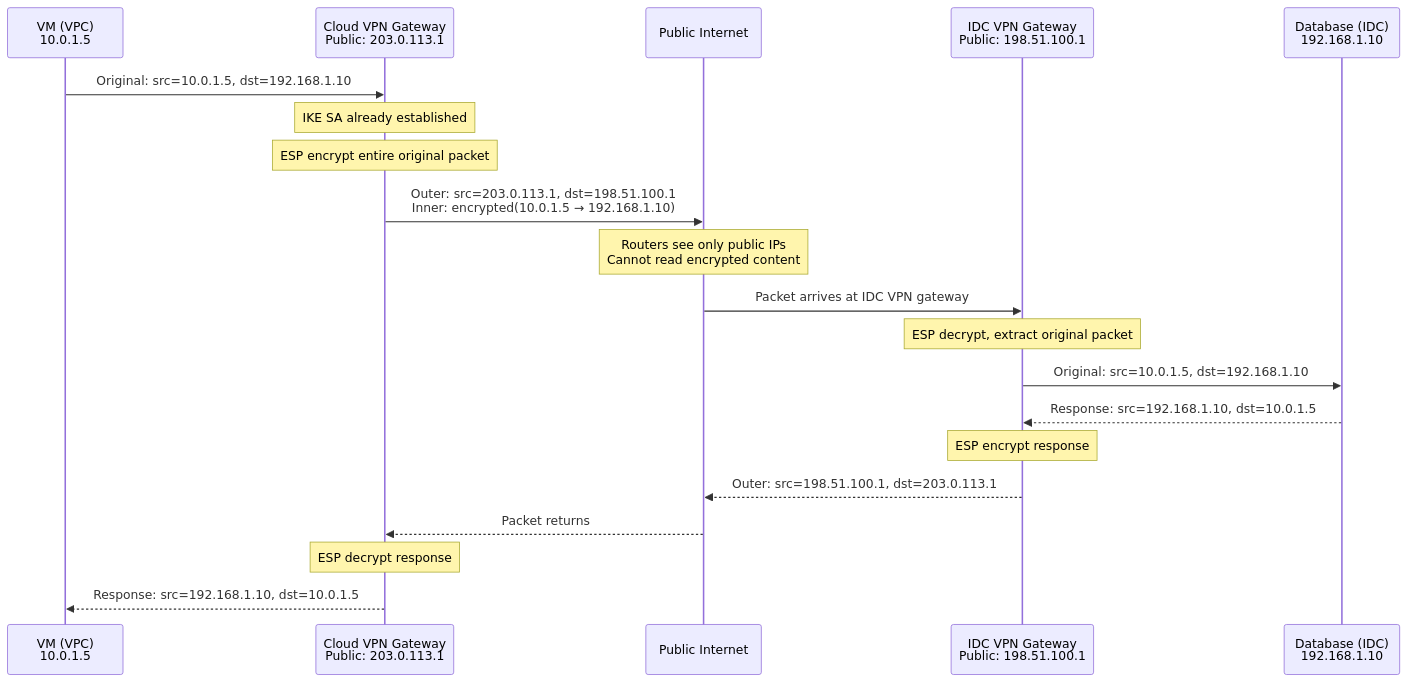
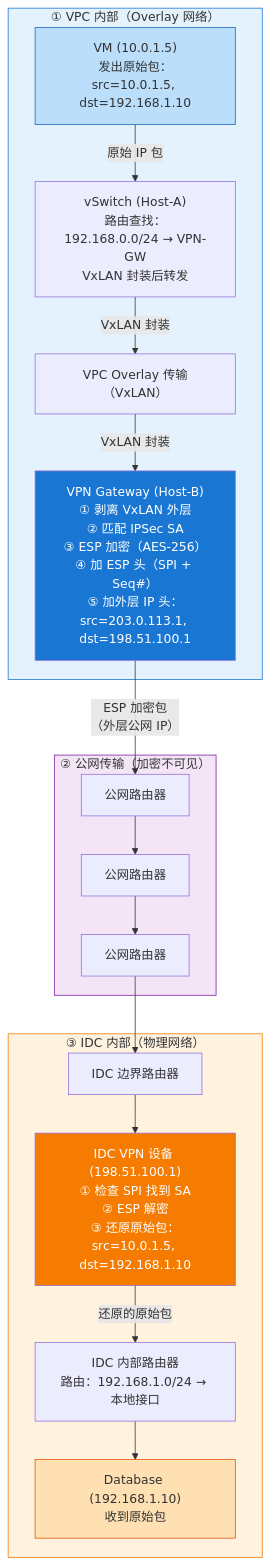
Before and after one commit to caozhiyi/network-book: the first of 4 diagrams in docs/20.用互联网打通云和IDC之VPN连接.md, drawn with Mermaid. The commit also changed other lines of this file and 36 other files, not shown here.

````diff
--- a/docs/20.用互联网打通云和IDC之VPN连接.md
+++ b/docs/20.用互联网打通云和IDC之VPN连接.md
@@ -64,23 +92,41 @@
 ```mermaid
-sequenceDiagram
-    participant VM as VM (VPC)<br/>10.0.1.5
-    participant CGW as Cloud VPN Gateway<br/>Public: 203.0.113.1
-    participant Internet as Public Internet
-    participant IGW as IDC VPN Gateway<br/>Public: 198.51.100.1
-    participant DB as Database (IDC)<br/>192.168.1.10
+graph TD
+    subgraph VPC_INTERNAL["① VPC 内部（Overlay 网络）"]
+        VM["VM (10.0.1.5)<br/>发出原始包：<br/>src=10.0.1.5, dst=192.168.1.10"]
+        VS["vSwitch (Host-A)<br/>路由查找：192.168.0.0/24 → VPN-GW<br/>VxLAN 封装后转发"]
+        OVERLAY["VPC Overlay 传输（VxLAN）"]
+        VPN["VPN Gateway (Host-B)<br/>① 剥离 VxLAN 外层<br/>② 匹配 IPSec SA<br/>③ ESP 加密（AES-256）<br/>④ 加 ESP 头（SPI + Seq#）<br/>⑤ 加外层 IP 头：<br/>src=203.0.113.1, dst=198.51.100.1"]
+    end
 
-    VM->>CGW: Original: src=10.0.1.5, dst=192.168.1.10
-    Note over CGW: IKE SA already established
-    Note over CGW: ESP encrypt entire original packet
-    CGW->>Internet: Outer: src=203.0.113.1, dst=198.51.100.1<br/>Inner: encrypted(10.0.1.5 → 192.168.1.10)
-    Note over Internet: Routers see only public IPs<br/>Cannot read encrypted content
-    Internet->>IGW: Packet arrives at IDC VPN gateway
-    Note over IGW: ESP decrypt, extract original packet
-    IGW->>DB: Original: src=10.0.1.5, dst=192.168.1.10
-    DB-->>IGW: Response: src=192.168.1.10, dst=10.0.1.5
-    Note over IGW: ESP encrypt response
-    IGW-->>Internet: Outer: src=198.51.100.1, dst=203.0.113.1
-    Internet-->>CGW: Packet returns
-    Note over CGW: ESP decrypt response
-    CGW-->>VM: Response: src=192.168.1.10, dst=10.0.1.5
+    subgraph PUBLIC["② 公网传输（加密不可见）"]
+        R1["公网路由器"]
+        R2["公网路由器"]
+        R3["公网路由器"]
+    end
+
+    subgraph IDC_INTERNAL["③ IDC 内部（物理网络）"]
+        BR["IDC 边界路由器"]
+        VPNDEV["IDC VPN 设备 (198.51.100.1)<br/>① 检查 SPI 找到 SA<br/>② ESP 解密<br/>③ 还原原始包：<br/>src=10.0.1.5, dst=192.168.1.10"]
+        IR["IDC 内部路由器<br/>路由：192.168.1.0/24 → 本地接口"]
+        DB["Database (192.168.1.10)<br/>收到原始包"]
+    end
+
+    VM -->|"原始 IP 包"| VS
+    VS -->|"VxLAN 封装"| OVERLAY
+    OVERLAY -->|"VxLAN 封装"| VPN
+    VPN -->|"ESP 加密包<br/>（外层公网 IP）"| R1
+    R1 --> R2
+    R2 --> R3
+    R3 --> BR
+    BR --> VPNDEV
+    VPNDEV -->|"还原的原始包"| IR
+    IR --> DB
+
+    style VPC_INTERNAL fill:#e3f2fd,stroke:#1976d2
+    style PUBLIC fill:#f3e5f5,stroke:#7b1fa2
+    style IDC_INTERNAL fill:#fff3e0,stroke:#f57c00
+    style VM fill:#bbdefb,stroke:#1565c0
+    style VPN fill:#1976d2,color:#fff
+    style VPNDEV fill:#f57c00,color:#fff
+    style DB fill:#ffe0b2,stroke:#e65100
 ```
````
